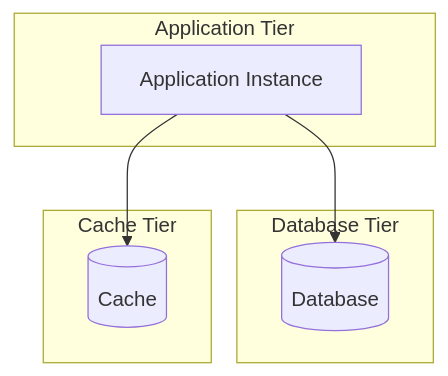
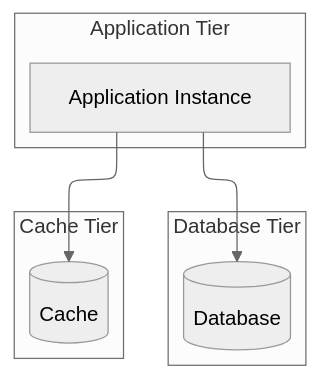
One commit to matthewswogger/family-med-nanny changed the fourth of 4 diagrams in architecture.md. Above: the diagram before and after it, drawn with Mermaid. The commit also changed other lines of this file and 6 other files, not shown here.

````diff
--- a/architecture.md
+++ b/architecture.md
@@ -126,17 +130,25 @@
 ```mermaid
-graph TB
+---
+config:
+  layout: elk
+  elk:
+    mergeEdges: false
+    nodePlacementStrategy: SIMPLE
+  theme: neutral
+---
+flowchart TB
     subgraph "Application Tier"
         App[Application Instance]
     end
 
     subgraph "Database Tier"
         DB[(Database)]
     end
 
     subgraph "Cache Tier"
         Cache[(Cache)]
     end
 
     App --> DB
     App --> Cache
 ```
````
